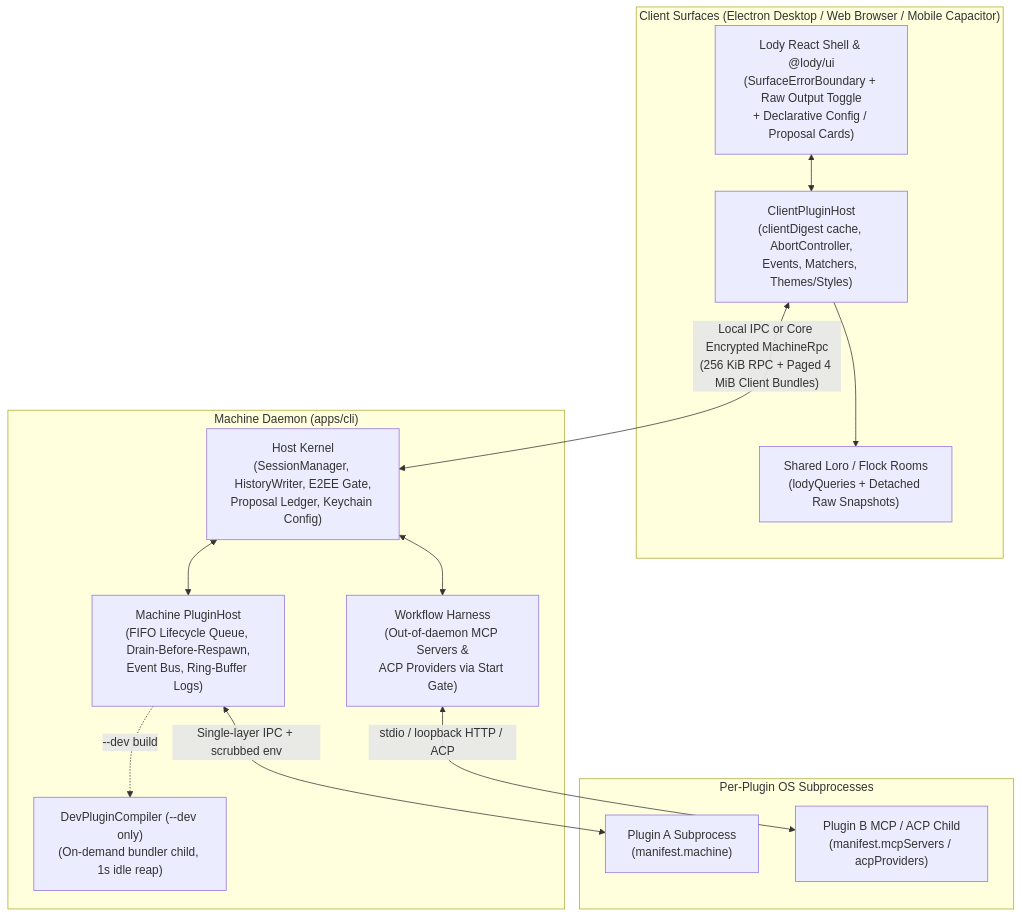
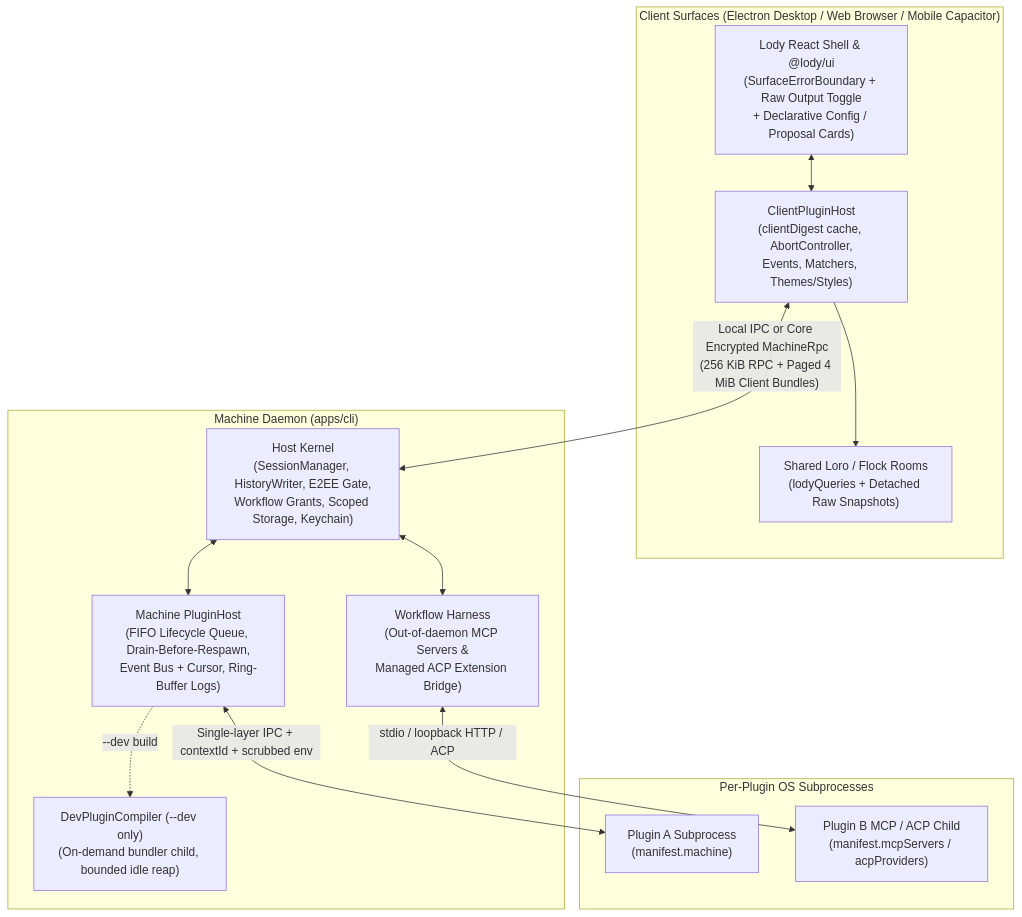
The diagram in specs/plugin-system.md (LodyAI/Lody), drawn with Mermaid before and after one commit. The commit also changed other lines of this file and 5 other files, not shown here.

First line of the commit message:
docs(specs): revise plugin system spec for dual-model E2EE, workflow host port and two-tier reads

````diff
--- a/specs/plugin-system.md
+++ b/specs/plugin-system.md
@@ -77,29 +77,29 @@
 ```mermaid
 flowchart TB
   subgraph Client["Client Surfaces (Electron Desktop / Web Browser / Mobile Capacitor)"]
     CPH["ClientPluginHost\n(clientDigest cache, AbortController,\nEvents, Matchers, Themes/Styles)"]
     UI["Lody React Shell & @lody/ui\n(SurfaceErrorBoundary + Raw Output Toggle\n+ Declarative Config / Proposal Cards)"]
     LoroClient["Shared Loro / Flock Rooms\n(lodyQueries + Detached Raw Snapshots)"]
   end
 
   subgraph Daemon["Machine Daemon (apps/cli)"]
-    Kernel["Host Kernel\n(SessionManager, HistoryWriter, E2EE Gate,\nProposal Ledger, Keychain Config)"]
-    MPH["Machine PluginHost\n(FIFO Lifecycle Queue, Drain-Before-Respawn,\nEvent Bus, Ring-Buffer Logs)"]
-    DPC["DevPluginCompiler (--dev only)\n(On-demand bundler child, 1s idle reap)"]
-    WF["Workflow Harness\n(Out-of-daemon MCP Servers &\nACP Providers via Start Gate)"]
+    Kernel["Host Kernel\n(SessionManager, HistoryWriter, E2EE Gate,\nWorkflow Grants, Scoped Storage, Keychain)"]
+    MPH["Machine PluginHost\n(FIFO Lifecycle Queue, Drain-Before-Respawn,\nEvent Bus + Cursor, Ring-Buffer Logs)"]
+    DPC["DevPluginCompiler (--dev only)\n(On-demand bundler child, bounded idle reap)"]
+    WF["Workflow Harness\n(Out-of-daemon MCP Servers &\nManaged ACP Extension Bridge)"]
   end
 
   subgraph Subprocesses["Per-Plugin OS Subprocesses"]
     P1["Plugin A Subprocess\n(manifest.machine)"]
     PMCP["Plugin B MCP / ACP Child\n(manifest.mcpServers / acpProviders)"]
   end
 
   UI <--> CPH
   CPH --> LoroClient
   CPH <-->|"Local IPC or Core Encrypted MachineRpc\n(256 KiB RPC + Paged 4 MiB Client Bundles)"| Kernel
   Kernel <--> MPH
   Kernel <--> WF
   MPH -.->|"--dev build"| DPC
-  MPH <-->|"Single-layer IPC + scrubbed env"| P1
+  MPH <-->|"Single-layer IPC + contextId + scrubbed env"| P1
   WF <-->|"stdio / loopback HTTP / ACP"| PMCP
 ```
````
